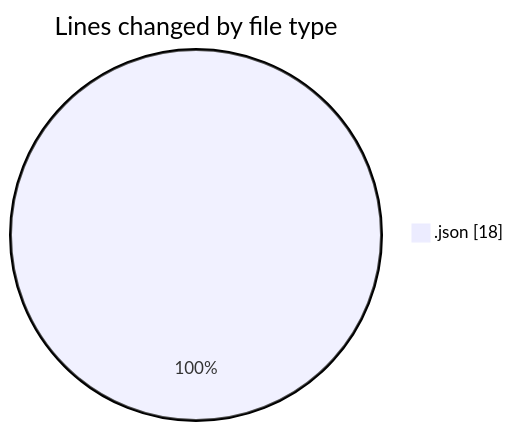
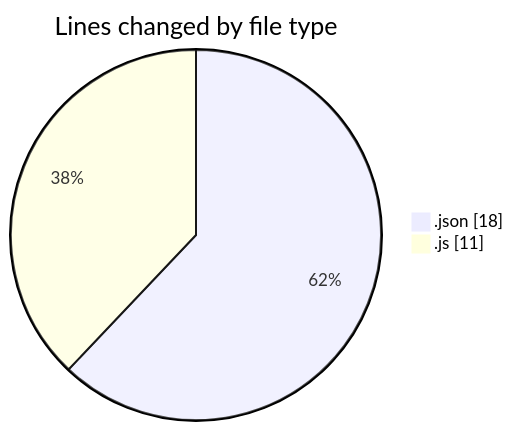
The first of 2 diagrams in 2025-07-16/mern-workoutboard/README.md (Ritupan-Deka/code-tracking), drawn with Mermaid before and after one commit. The commit also changed other lines of this file and 1 other file, not shown here.

````diff
--- a/2025-07-16/mern-workoutboard/README.md
+++ b/2025-07-16/mern-workoutboard/README.md
@@ -20,5 +21,6 @@
 ```mermaid
 pie showData
 title Lines changed by file type
 ".json" : 18
+".js" : 11
 ```
````
